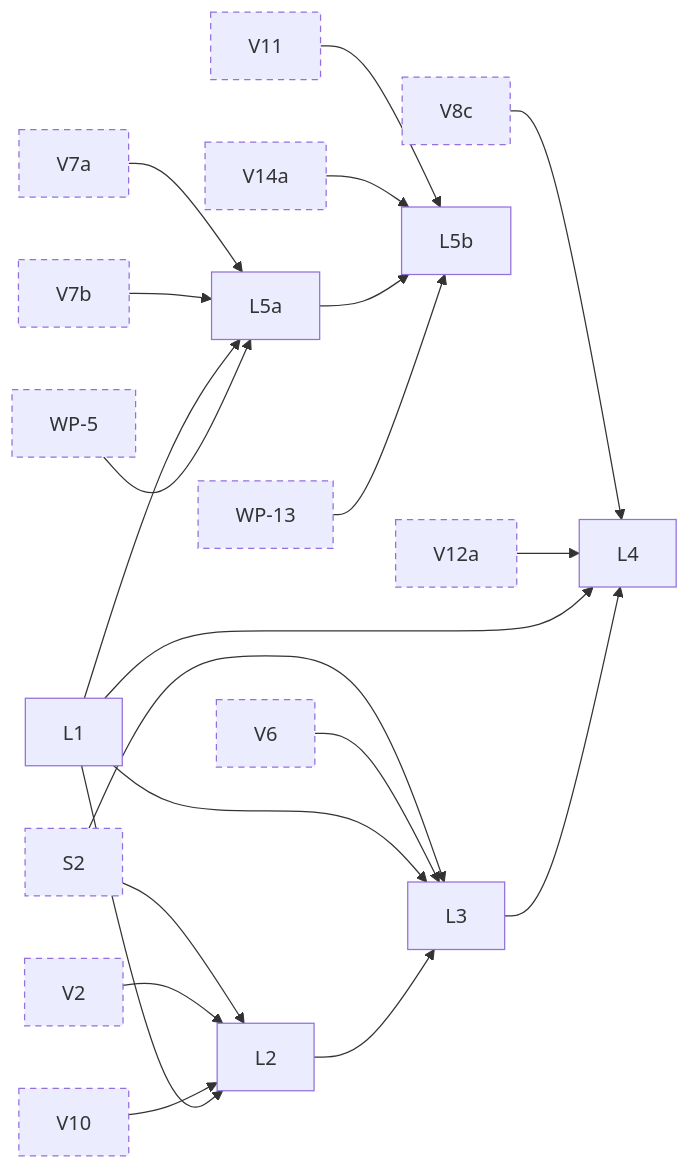
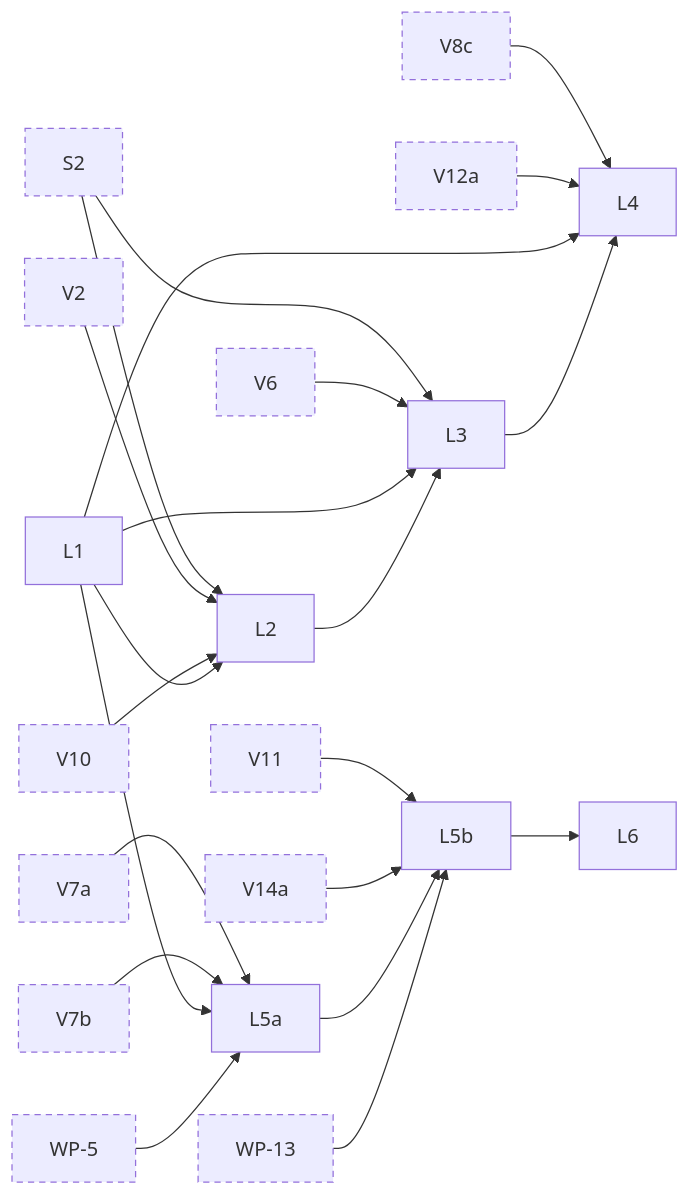
One commit to jhoblitt/rgw-go changed the fifth of 11 diagrams in docs/superpowers/plans/2026-10-13-phase-2/dependencies.md. Above: the diagram before and after it, drawn with Mermaid. The commit also changed other lines of this file and 2 other files, not shown here.

````diff
--- a/docs/superpowers/plans/2026-10-13-phase-2/dependencies.md
+++ b/docs/superpowers/plans/2026-10-13-phase-2/dependencies.md
@@ -353,60 +353,63 @@
 ```mermaid
 flowchart LR
   t_L1["L1"]
   t_L2["L2"]
   t_L3["L3"]
   t_L4["L4"]
   t_L5a["L5a"]
   t_L5b["L5b"]
+  t_L6["L6"]
   t_S2["S2"]:::ext
   t_V2["V2"]:::ext
   t_V6["V6"]:::ext
   t_V7a["V7a"]:::ext
   t_V7b["V7b"]:::ext
   t_V8c["V8c"]:::ext
   t_V10["V10"]:::ext
   t_V11["V11"]:::ext
   t_V12a["V12a"]:::ext
   t_V14a["V14a"]:::ext
   t_WP_5["WP-5"]:::ext
   t_WP_13["WP-13"]:::ext
   t_S2 --> t_L2
   t_V2 --> t_L2
   t_V10 --> t_L2
   t_L1 --> t_L2
   t_S2 --> t_L3
   t_V6 --> t_L3
   t_L1 --> t_L3
   t_L2 --> t_L3
   t_V8c --> t_L4
   t_V12a --> t_L4
   t_L1 --> t_L4
   t_L3 --> t_L4
   t_V7a --> t_L5a
   t_V7b --> t_L5a
   t_L1 --> t_L5a
   t_WP_5 --> t_L5a
   t_V11 --> t_L5b
   t_V14a --> t_L5b
   t_L5a --> t_L5b
   t_WP_13 --> t_L5b
+  t_L5b --> t_L6
   click t_L1 href "https://github.com/jhoblitt/rgw-go/blob/main/docs/superpowers/plans/2026-10-13-phase-2/L-object-lock.md#task-l1-object-lock-types-xml-dates-and-evaluation" "L1: object-lock types, XML, dates and evaluation"
   click t_L2 href "https://github.com/jhoblitt/rgw-go/blob/main/docs/superpowers/plans/2026-10-13-phase-2/L-object-lock.md#task-l2-bucket-object-lock-configuration-and-createbucket-with-lock" "L2: bucket object-lock configuration, and CreateBucket with lock"
   click t_L3 href "https://github.com/jhoblitt/rgw-go/blob/main/docs/superpowers/plans/2026-10-13-phase-2/L-object-lock.md#task-l3-object-retention-and-legal-hold" "L3: object retention and legal hold"
   click t_L4 href "https://github.com/jhoblitt/rgw-go/blob/main/docs/superpowers/plans/2026-10-13-phase-2/L-object-lock.md#task-l4-delete-enforcement" "L4: delete enforcement"
   click t_L5a href "https://github.com/jhoblitt/rgw-go/blob/main/docs/superpowers/plans/2026-10-13-phase-2/L-object-lock.md#task-l5a-the-lock-on-the-write-path-driver" "L5a: the lock on the write path, driver"
   click t_L5b href "https://github.com/jhoblitt/rgw-go/blob/main/docs/superpowers/plans/2026-10-13-phase-2/L-object-lock.md#task-l5b-the-lock-headers-op-and-s3" "L5b: the lock headers, op and S3"
+  click t_L6 href "https://github.com/jhoblitt/rgw-go/blob/main/docs/superpowers/plans/2026-10-13-phase-2/L-object-lock.md#task-l6-the-retention-and-legal-hold-ops-authorize-as-the-lock-headers-do" "L6: the retention and legal-hold ops authorize as the lock headers do"
   click t_S2 href "https://github.com/jhoblitt/rgw-go/blob/main/docs/superpowers/plans/2026-10-13-phase-2/00-index.md#task-s2-route-sets-per-feature-and-the-env-slots" "S2: route sets per feature and the Env slots"
   click t_V2 href "https://github.com/jhoblitt/rgw-go/blob/main/docs/superpowers/plans/2026-10-13-phase-2/V-versioning.md#task-v2-meta-olh-head-types-and-bucket-helpers" "V2: meta OLH head types and bucket helpers"
   click t_V6 href "https://github.com/jhoblitt/rgw-go/blob/main/docs/superpowers/plans/2026-10-13-phase-2/V-versioning.md#task-v6-driver-reads-follow-the-olh-attrs-on-a-version" "V6: driver, reads follow the OLH; attrs on a version"
   click t_V7a href "https://github.com/jhoblitt/rgw-go/blob/main/docs/superpowers/plans/2026-10-13-phase-2/V-versioning.md#task-v7a-driver-versioned-putobject" "V7a: driver, versioned PutObject"
   click t_V7b href "https://github.com/jhoblitt/rgw-go/blob/main/docs/superpowers/plans/2026-10-13-phase-2/V-versioning.md#task-v7b-driver-versioned-copyobject-and-completemultipartupload" "V7b: driver, versioned CopyObject and CompleteMultipartUpload"
   click t_V8c href "https://github.com/jhoblitt/rgw-go/blob/main/docs/superpowers/plans/2026-10-13-phase-2/V-versioning.md#task-v8c-driver-deleteparamsexpect" "V8c: driver, `DeleteParams.Expect`"
   click t_V10 href "https://github.com/jhoblitt/rgw-go/blob/main/docs/superpowers/plans/2026-10-13-phase-2/V-versioning.md#task-v10-op-and-s3-putbucketversioning-and-getbucketversioning" "V10: op and s3, PutBucketVersioning and GetBucketVersioning"
   click t_V11 href "https://github.com/jhoblitt/rgw-go/blob/main/docs/superpowers/plans/2026-10-13-phase-2/V-versioning.md#task-v11-op-and-s3-versioned-writes" "V11: op and s3, versioned writes"
   click t_V12a href "https://github.com/jhoblitt/rgw-go/blob/main/docs/superpowers/plans/2026-10-13-phase-2/V-versioning.md#task-v12a-op-and-s3-versioned-deleteobject-and-deleteobjects" "V12a: op and s3, versioned DeleteObject and DeleteObjects"
   click t_V14a href "https://github.com/jhoblitt/rgw-go/blob/main/docs/superpowers/plans/2026-10-13-phase-2/V-versioning.md#task-v14a-op-and-s3-versioned-reads" "V14a: op and s3, versioned reads"
   click t_WP_5 href "https://github.com/jhoblitt/rgw-go/blob/main/docs/superpowers/plans/2026-10-13-phase-2/WP-write-path.md#task-wp-5-the-checksum-contract-on-the-op-and-store-seams" "WP-5: the checksum contract on the op and store seams"
   click t_WP_13 href "https://github.com/jhoblitt/rgw-go/blob/main/docs/superpowers/plans/2026-10-13-phase-2/WP-write-path.md#task-wp-13-checksum-rendering-on-reads" "WP-13: checksum rendering on reads"
   classDef ext stroke-dasharray: 5 4
 ```
````
